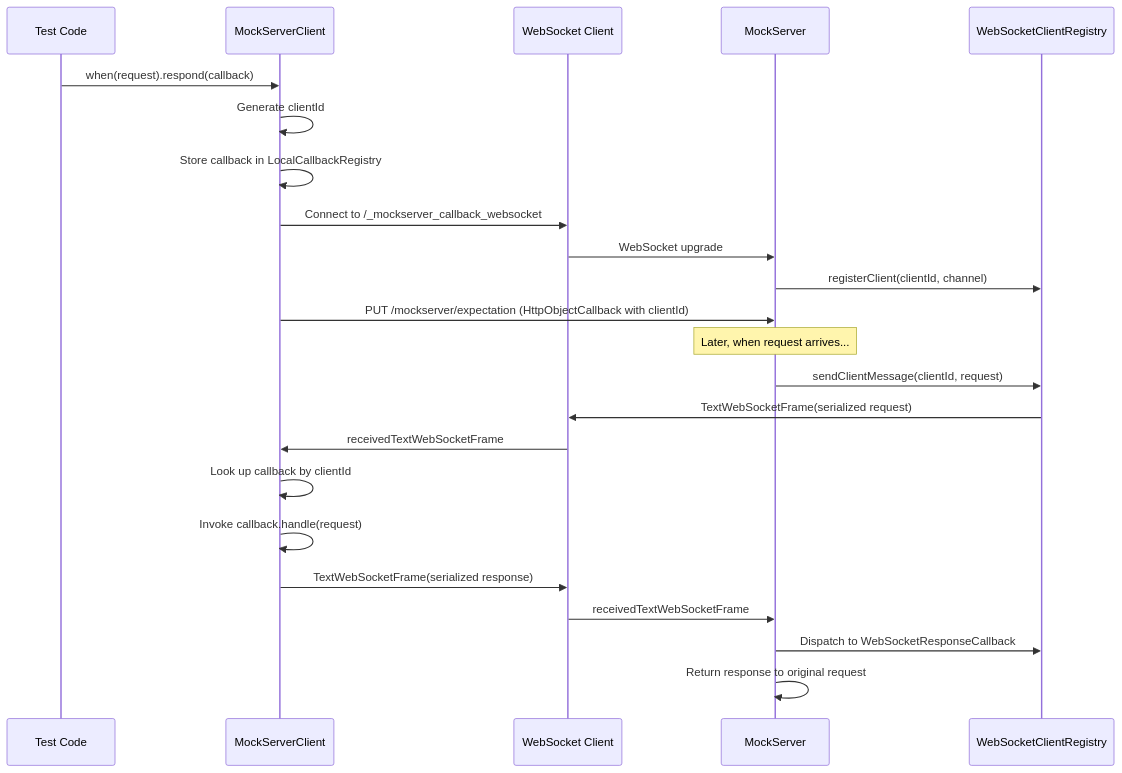
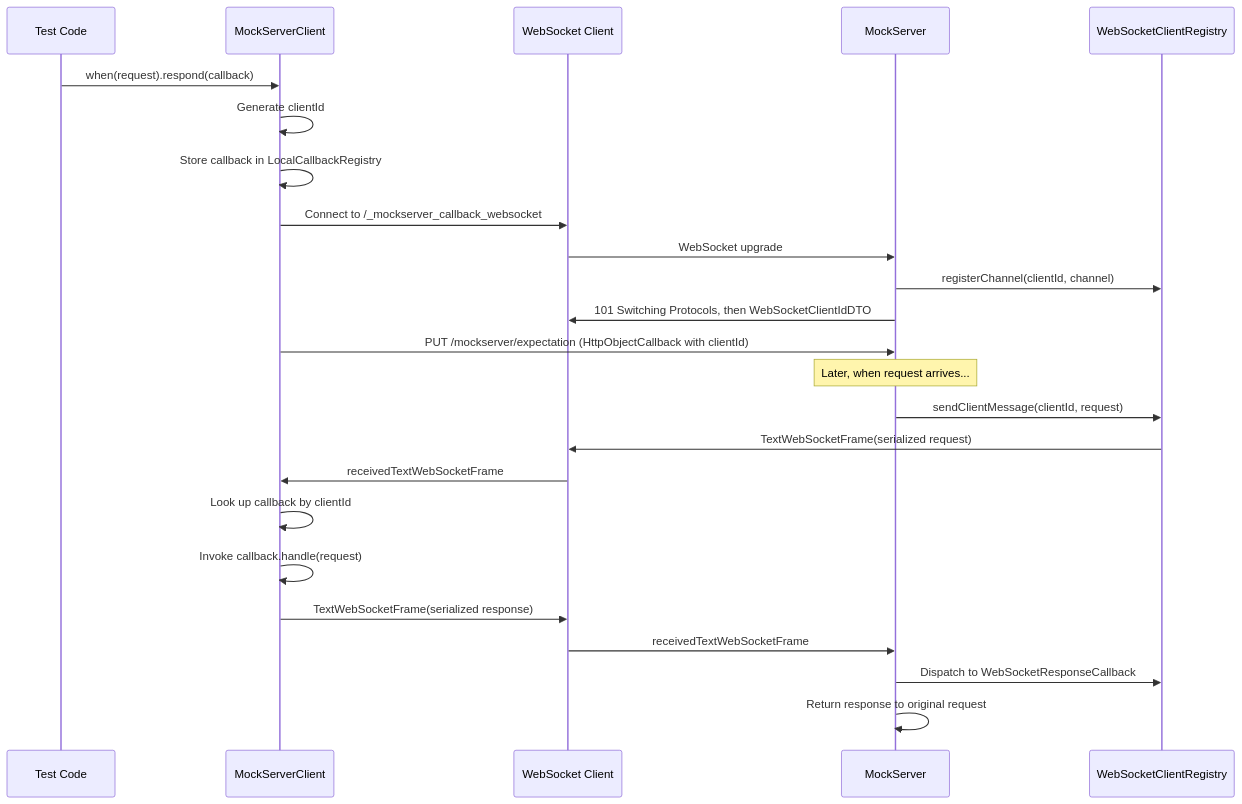
Before and after one commit to mock-server/mockserver-monorepo: diagram 13 of 22 in docs/code/request-processing.md, drawn with Mermaid. The commit also changed 7 other files, not shown here.

First line of the commit message:
fix(callbacks): make a callback WebSocket routable before acknowledging it

````diff
--- a/docs/code/request-processing.md
+++ b/docs/code/request-processing.md
@@ -1123,27 +1123,28 @@
 ```mermaid
 sequenceDiagram
     participant T as Test Code
     participant C as MockServerClient
     participant WS as WebSocket Client
     participant S as MockServer
     participant REG as WebSocketClientRegistry
 
     T->>C: when(request).respond(callback)
     C->>C: Generate clientId
     C->>C: Store callback in LocalCallbackRegistry
     C->>WS: Connect to /_mockserver_callback_websocket
     WS->>S: WebSocket upgrade
-    S->>REG: registerClient(clientId, channel)
+    S->>REG: registerChannel(clientId, channel)
+    S->>WS: 101 Switching Protocols, then WebSocketClientIdDTO
     C->>S: PUT /mockserver/expectation (HttpObjectCallback with clientId)
 
     Note over S: Later, when request arrives...
     S->>REG: sendClientMessage(clientId, request)
     REG->>WS: TextWebSocketFrame(serialized request)
     WS->>C: receivedTextWebSocketFrame
     C->>C: Look up callback by clientId
     C->>C: Invoke callback.handle(request)
     C->>WS: TextWebSocketFrame(serialized response)
     WS->>S: receivedTextWebSocketFrame
     S->>REG: Dispatch to WebSocketResponseCallback
     S->>S: Return response to original request
 ```
````
